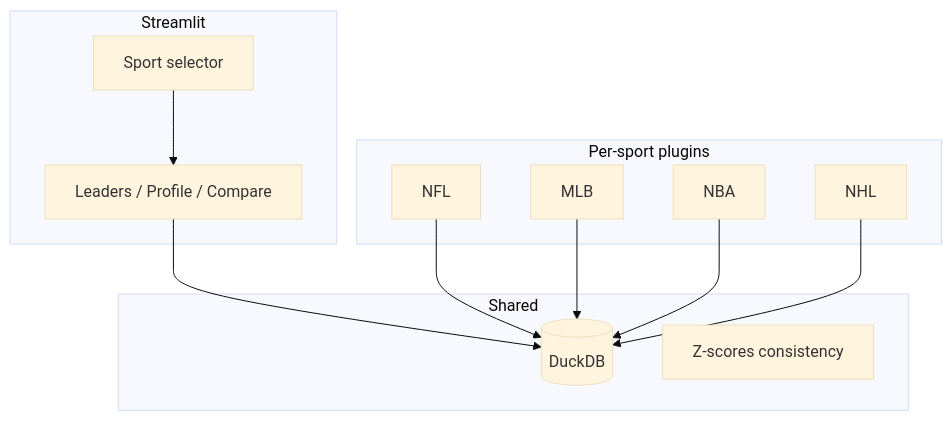
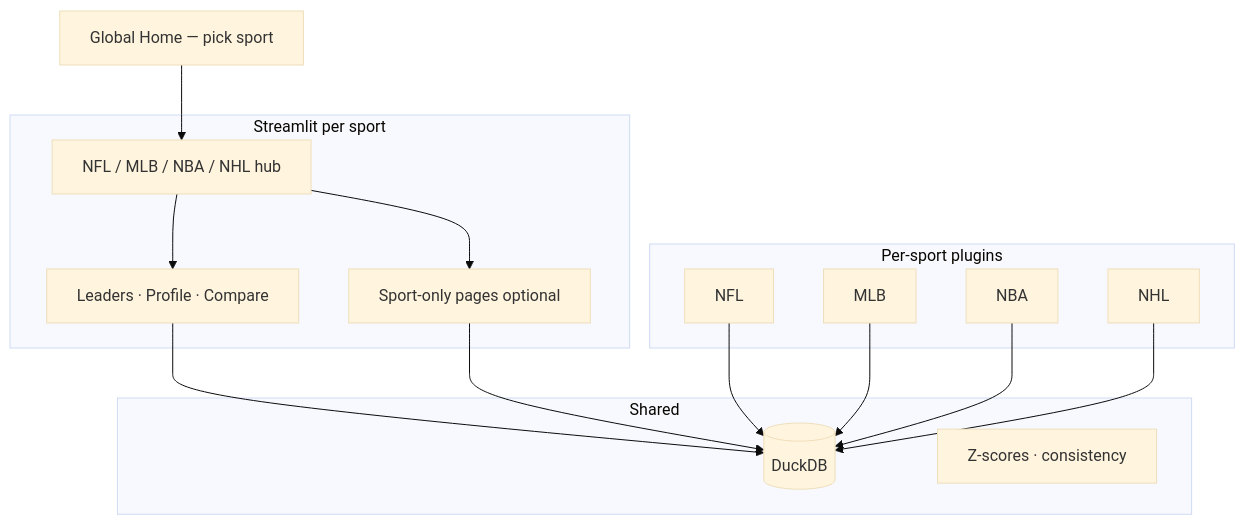
One commit to coolbeans201/fantasy_tracker changed the diagram in docs/MULTISPORT_ROADMAP.md. Above: the diagram before and after it, drawn with Mermaid (base theme). The commit also changed other lines of this file and 65 other files, not shown here.

First line of the commit message:
Expand multi-sport ingest, NFL D/ST defense stats, and app navigation.

````diff
--- a/docs/MULTISPORT_ROADMAP.md
+++ b/docs/MULTISPORT_ROADMAP.md
@@ -13,22 +21,27 @@
 ```mermaid
 flowchart TB
-  subgraph ui [Streamlit]
-    sport[Sport selector]
-    pages[Leaders / Profile / Compare]
+  home[Global Home — pick sport]
+  subgraph ui [Streamlit per sport]
+    hub[NFL / MLB / NBA / NHL hub]
+    core[Leaders · Profile · Compare]
+    extra[Sport-only pages optional]
   end
-  subgraph core [Shared]
+  subgraph core_lib [Shared]
     db[(DuckDB)]
-    analytics[Z-scores consistency]
+    analytics[Z-scores · consistency]
   end
   subgraph plugins [Per-sport plugins]
     nfl[NFL]
     mlb[MLB]
     nba[NBA]
     nhl[NHL]
   end
-  sport --> pages --> db
+  home --> hub --> core
+  hub --> extra
+  core --> db
+  extra --> db
   nfl --> db
   mlb --> db
   nba --> db
   nhl --> db
 ```
````
